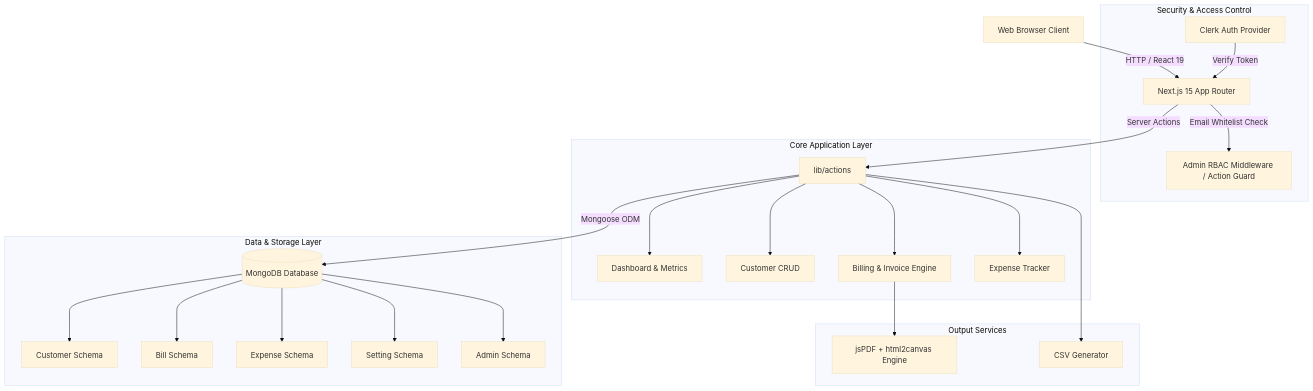
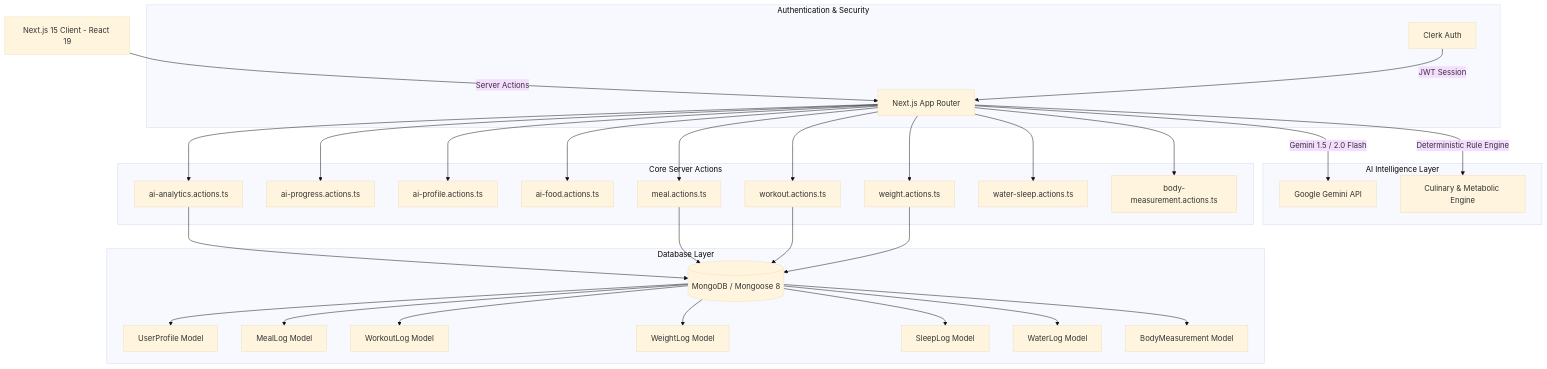
One commit to ninazmul/fit-os changed the diagram in README.md. Above: the diagram before and after it, drawn with Mermaid (base theme). The commit also changed other lines of this file and 3 other files, not shown here.

````diff
--- a/README.md
+++ b/README.md
@@ -103,31 +122,36 @@
 ```mermaid
 graph TD
-    Client[Web Browser Client] -->|HTTP / React 19| AppRouter[Next.js 15 App Router]
+    Client[Next.js 15 Client - React 19] -->|Server Actions| AppRouter[Next.js App Router]
 
-    subgraph Security & Access Control
-        Clerk[Clerk Auth Provider] -->|Verify Token| AppRouter
-        AppRouter -->|Email Whitelist Check| AdminGuard[Admin RBAC Middleware / Action Guard]
+    subgraph Authentication & Security
+        Clerk[Clerk Auth] -->|JWT Session| AppRouter
     end
 
-    subgraph Core Application Layer
-        AppRouter -->|Server Actions| ServerActions[lib/actions]
-        ServerActions --> DashboardActions[Dashboard & Metrics]
-        ServerActions --> CustomerActions[Customer CRUD]
-        ServerActions --> BillActions[Billing & Invoice Engine]
-        ServerActions --> ExpenseActions[Expense Tracker]
+    subgraph AI Intelligence Layer
+        AppRouter -->|Gemini 1.5 / 2.0 Flash| GeminiAPI[Google Gemini API]
+        AppRouter -->|Deterministic Rule Engine| FallbackEngine[Culinary & Metabolic Engine]
     end
 
-    subgraph Data & Storage Layer
-        ServerActions -->|Mongoose ODM| Mongo[(MongoDB Database)]
-        Mongo --> CustomerModel[Customer Schema]
-        Mongo --> BillModel[Bill Schema]
-        Mongo --> ExpenseModel[Expense Schema]
-        Mongo --> SettingModel[Setting Schema]
-        Mongo --> AdminModel[Admin Schema]
+    subgraph Core Server Actions
+        AppRouter --> AIAnalytics[ai-analytics.actions.ts]
+        AppRouter --> AIProgress[ai-progress.actions.ts]
+        AppRouter --> AIProfile[ai-profile.actions.ts]
+        AppRouter --> AIFood[ai-food.actions.ts]
+        AppRouter --> MealActions[meal.actions.ts]
+        AppRouter --> WorkoutActions[workout.actions.ts]
+        AppRouter --> WeightActions[weight.actions.ts]
+        AppRouter --> WaterSleep[water-sleep.actions.ts]
+        AppRouter --> BodyMeas[body-measurement.actions.ts]
     end
 
-    subgraph Output Services
-        BillActions --> PDFGen[jsPDF + html2canvas Engine]
-        ServerActions --> CSVExport[CSV Generator]
+    subgraph Database Layer
+        AIAnalytics & MealActions & WorkoutActions & WeightActions --> MongoDB[(MongoDB / Mongoose 8)]
+        MongoDB --> UserProfileModel[UserProfile Model]
+        MongoDB --> MealLogModel[MealLog Model]
+        MongoDB --> WorkoutLogModel[WorkoutLog Model]
+        MongoDB --> WeightLogModel[WeightLog Model]
+        MongoDB --> SleepLogModel[SleepLog Model]
+        MongoDB --> WaterLogModel[WaterLog Model]
+        MongoDB --> BodyMeasModel[BodyMeasurement Model]
     end
 ```
````
